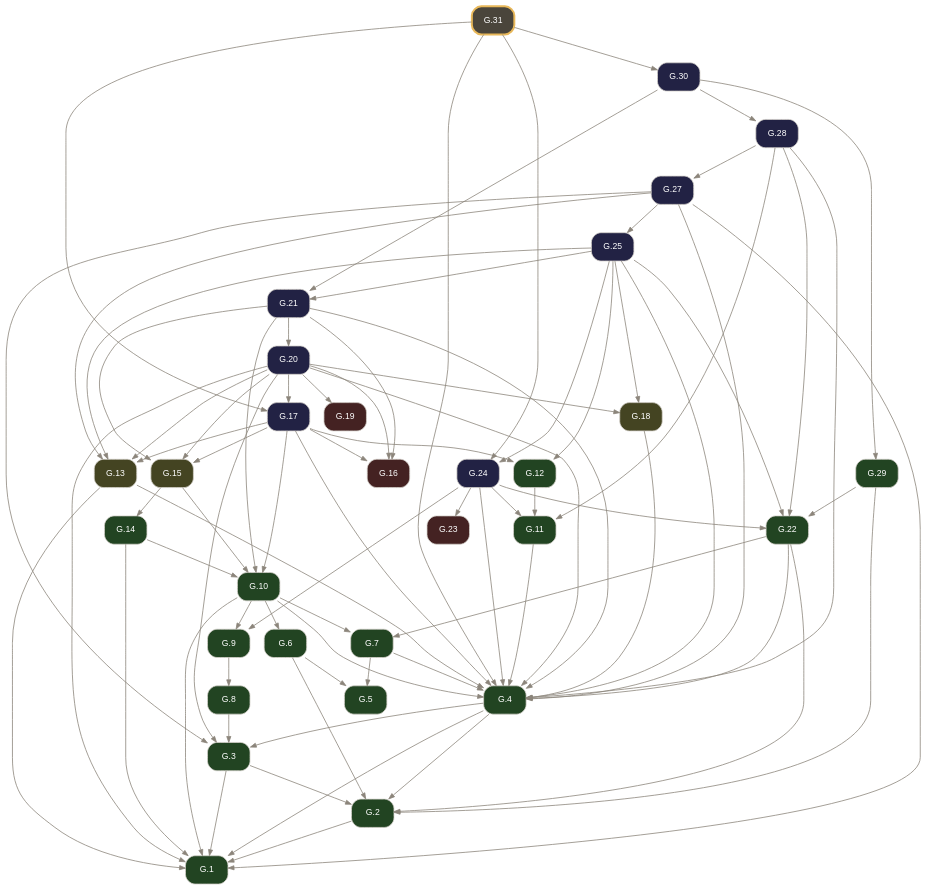
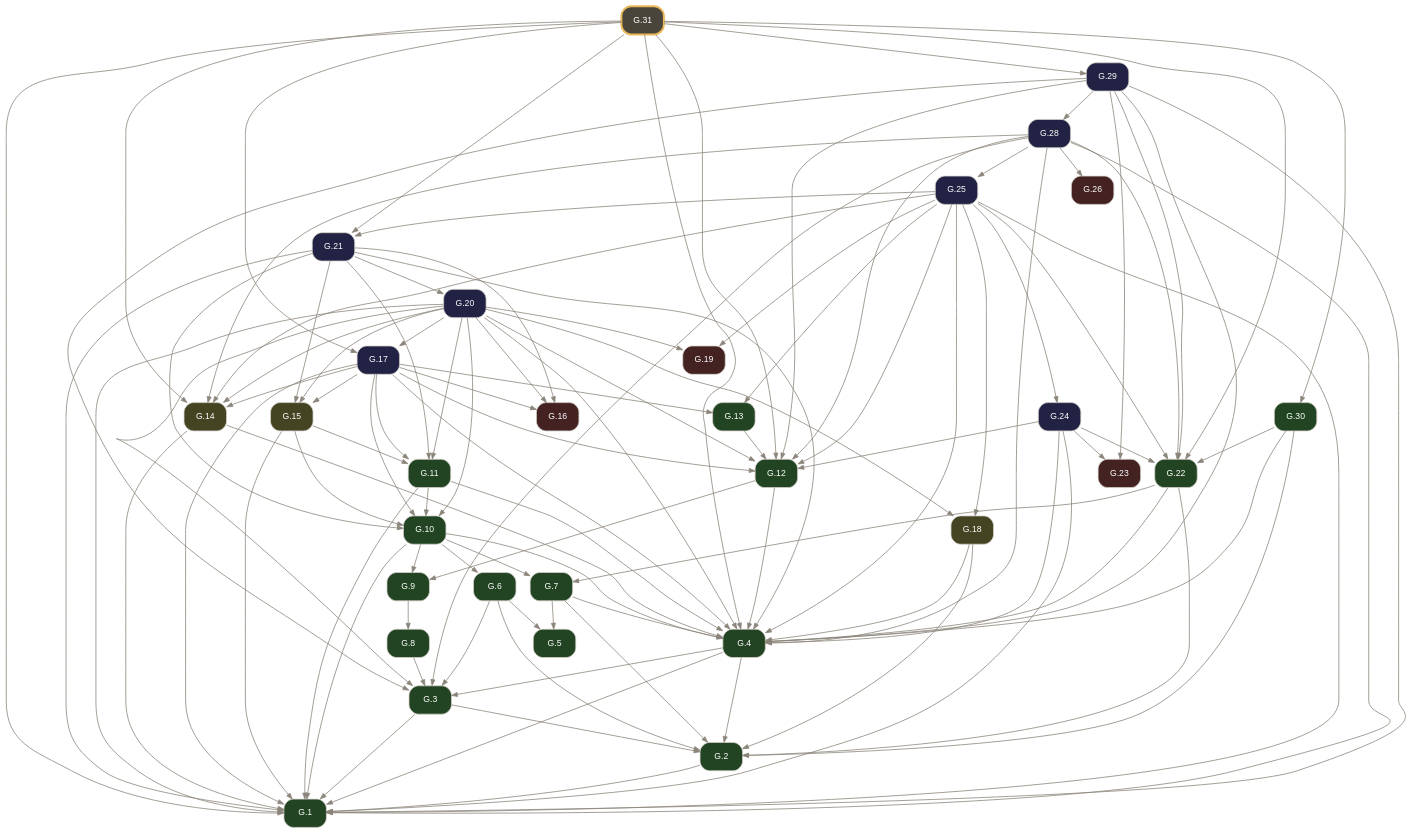
One commit to geometor/elements changed the diagram in docsrc/elements2/G.31/index.rst. Above: the diagram before and after it, drawn with Graphviz. The commit also changed other lines of this file and 1276 other files, not shown here.

```diff
--- a/docsrc/elements2/G.31/index.rst
+++ b/docsrc/elements2/G.31/index.rst
@@ -82,10 +83,10 @@
      "G.8" [label="G.8", tooltip="G.8 (I.def.13): A boundary is the extremity of anything.", fillcolor="#224422", URL="../G.8/index.html", target="_top"];
      "G.9" [label="G.9", tooltip="G.9 (I.def.14): A figure is that which is contained by any boundary or boundaries.", fillcolor="#224422", URL="../G.9/index.html", target="_top"];
      "G.10" [label="G.10", tooltip="G.10 (I.def.15): A circle ( A B ) is a plane figure contained by one arc defined by a center A and a point B establishing its defining radius / A B /, such that all segments / A B /, / A C /, / A D...", fillcolor="#224422", URL="../G.10/index.html", target="_top"];
-     "G.11" [label="G.11", tooltip="G.11 (I.def.19): Rectilineal figures are contained by segments: trilateral by three, quadrilateral by four, and multilateral by more than four.", fillcolor="#224422", URL="../G.11/index.html", target="_top"];
-     "G.12" [label="G.12", tooltip="G.12 (I.def.20): Of trilateral figures, an equilateral triangle < A B C > has three equal sides, an isosceles triangle < D E F > has two equal sides, and a scalene triangle < G H K > has three uneq...", fillcolor="#224422", URL="../G.12/index.html", target="_top"];
-     "G.13" [label="G.13", tooltip="G.13 (I.post.1): Construct a segment / A B / between any two points A, B.", fillcolor="#444422", URL="../G.13/index.html", target="_top"];
-     "G.14" [label="G.14", tooltip="G.14 (I.def.16): The point A within the circle ( A B ) from which all segments / A B /, / A C / to the arc are equal is called the center of the circle.", fillcolor="#224422", URL="../G.14/index.html", target="_top"];
+     "G.11" [label="G.11", tooltip="G.11 (I.def.16): The point A within the circle ( A B ) from which all segments / A B /, / A C / to the arc are equal is called the center of the circle.", fillcolor="#224422", URL="../G.11/index.html", target="_top"];
+     "G.12" [label="G.12", tooltip="G.12 (I.def.19): Rectilineal figures are contained by segments: trilateral by three, quadrilateral by four, and multilateral by more than four.", fillcolor="#224422", URL="../G.12/index.html", target="_top"];
+     "G.13" [label="G.13", tooltip="G.13 (I.def.20): Of trilateral figures, an equilateral triangle < A B C > has three equal sides, an isosceles triangle < D E F > has two equal sides, and a scalene triangle < G H K > has three uneq...", fillcolor="#224422", URL="../G.13/index.html", target="_top"];
+     "G.14" [label="G.14", tooltip="G.14 (I.post.1): Construct a segment / A B / between any two points A, B.", fillcolor="#444422", URL="../G.14/index.html", target="_top"];
      "G.15" [label="G.15", tooltip="G.15 (I.post.3): Construct a circle ( A B ) with center A and defining radius point B.", fillcolor="#444422", URL="../G.15/index.html", target="_top"];
      "G.16" [label="G.16", tooltip="G.16 (I.cn.1): Things equal to the same thing are equal to one another.", fillcolor="#442222", URL="../G.16/index.html", target="_top"];
      "G.17" [label="G.17", tooltip="G.17 (I.1): Construct an equilateral triangle on a given segment.", fillcolor="#222244", URL="../G.17/index.html", target="_top"];
@@ -97,32 +98,44 @@
      "G.23" [label="G.23", tooltip="G.23 (I.cn.4): Things / A B /, / D E / that coincide with one another are equal to one another.", fillcolor="#442222", URL="../G.23/index.html", target="_top"];
      "G.24" [label="G.24", tooltip="G.24 (I.4): Triangles with two sides and the included angle equal are congruent (SAS).", fillcolor="#222244", URL="../G.24/index.html", target="_top"];
      "G.25" [label="G.25", tooltip="G.25 (I.5): In an isosceles triangle, the angles at the base are equal, and if the equal sides are extended, the angles under the base are equal.", fillcolor="#222244", URL="../G.25/index.html", target="_top"];
-     "G.27" [label="G.27", tooltip="G.27 (I.7): On the same segment and on the same side, there cannot be constructed two distinct triangles with both pairs of conterminous sides equal.", fillcolor="#222244", URL="../G.27/index.html", target="_top"];
-     "G.28" [label="G.28", tooltip="G.28 (I.8): Triangles with all three corresponding sides equal have their corresponding angles equal (SSS).", fillcolor="#222244", URL="../G.28/index.html", target="_top"];
-     "G.29" [label="G.29", tooltip="G.29 (I.def.9): A rectilineal angle is contained by two segments or lines.", fillcolor="#224422", URL="../G.29/index.html", target="_top"];
-     "G.30" [label="G.30", tooltip="G.30 (I.9): Bisect a given angle.", fillcolor="#222244", URL="../G.30/index.html", target="_top"];
-     "G.31" [label="G.31", tooltip="G.31 (I.10): Bisect a given segment.", penwidth=2.5, color="#e8b85a", fillcolor="#4a453b", URL="index.html", target="_top"];
+     "G.26" [label="G.26", tooltip="G.26 (I.cn.5): The whole is greater than the part.", fillcolor="#442222", URL="../G.26/index.html", target="_top"];
+     "G.28" [label="G.28", tooltip="G.28 (I.7): On the same segment and on the same side, there cannot be constructed two distinct triangles with both pairs of conterminous sides equal.", fillcolor="#222244", URL="../G.28/index.html", target="_top"];
+     "G.29" [label="G.29", tooltip="G.29 (I.8): Triangles with all three corresponding sides equal have their corresponding angles equal (SSS).", fillcolor="#222244", URL="../G.29/index.html", target="_top"];
+     "G.30" [label="G.30", tooltip="G.30 (I.def.9): A rectilineal angle is contained by two segments or lines.", fillcolor="#224422", URL="../G.30/index.html", target="_top"];
+     "G.31" [label="G.31", tooltip="G.31 (I.9): Bisect a given angle.", penwidth=2.5, color="#e8b85a", fillcolor="#4a453b", URL="index.html", target="_top"];
      "G.2" -> "G.1";
      "G.3" -> "G.1";
      "G.4" -> "G.1";
      "G.10" -> "G.1";
-     "G.13" -> "G.1";
+     "G.11" -> "G.1";
      "G.14" -> "G.1";
+     "G.15" -> "G.1";
+     "G.17" -> "G.1";
      "G.20" -> "G.1";
-     "G.27" -> "G.1";
+     "G.21" -> "G.1";
+     "G.24" -> "G.1";
+     "G.25" -> "G.1";
+     "G.28" -> "G.1";
+     "G.29" -> "G.1";
+     "G.31" -> "G.1";
      "G.3" -> "G.2";
      "G.4" -> "G.2";
      "G.6" -> "G.2";
+     "G.7" -> "G.2";
+     "G.18" -> "G.2";
      "G.22" -> "G.2";
-     "G.29" -> "G.2";
+     "G.30" -> "G.2";
      "G.4" -> "G.3";
+     "G.6" -> "G.3";
      "G.8" -> "G.3";
      "G.20" -> "G.3";
-     "G.27" -> "G.3";
+     "G.28" -> "G.3";
+     "G.29" -> "G.3";
      "G.7" -> "G.4";
      "G.10" -> "G.4";
      "G.11" -> "G.4";
-     "G.13" -> "G.4";
+     "G.12" -> "G.4";
+     "G.14" -> "G.4";
      "G.17" -> "G.4";
      "G.18" -> "G.4";
      "G.20" -> "G.4";
@@ -130,8 +143,9 @@
      "G.22" -> "G.4";
      "G.24" -> "G.4";
      "G.25" -> "G.4";
-     "G.27" -> "G.4";
      "G.28" -> "G.4";
+     "G.29" -> "G.4";
+     "G.30" -> "G.4";
      "G.31" -> "G.4";
      "G.6" -> "G.5";
      "G.7" -> "G.5";
@@ -140,21 +154,31 @@
      "G.22" -> "G.7";
      "G.9" -> "G.8";
      "G.10" -> "G.9";
-     "G.24" -> "G.9";
-     "G.14" -> "G.10";
+     "G.12" -> "G.9";
+     "G.11" -> "G.10";
      "G.15" -> "G.10";
      "G.17" -> "G.10";
+     "G.20" -> "G.10";
      "G.21" -> "G.10";
-     "G.12" -> "G.11";
-     "G.24" -> "G.11";
-     "G.28" -> "G.11";
+     "G.15" -> "G.11";
+     "G.17" -> "G.11";
+     "G.20" -> "G.11";
+     "G.21" -> "G.11";
+     "G.13" -> "G.12";
      "G.17" -> "G.12";
+     "G.20" -> "G.12";
+     "G.24" -> "G.12";
      "G.25" -> "G.12";
+     "G.28" -> "G.12";
+     "G.29" -> "G.12";
+     "G.31" -> "G.12";
      "G.17" -> "G.13";
-     "G.20" -> "G.13";
      "G.25" -> "G.13";
-     "G.27" -> "G.13";
-     "G.15" -> "G.14";
+     "G.17" -> "G.14";
+     "G.20" -> "G.14";
+     "G.25" -> "G.14";
+     "G.28" -> "G.14";
+     "G.31" -> "G.14";
      "G.17" -> "G.15";
      "G.20" -> "G.15";
      "G.21" -> "G.15";
@@ -166,19 +190,22 @@
      "G.20" -> "G.18";
      "G.25" -> "G.18";
      "G.20" -> "G.19";
+     "G.25" -> "G.19";
      "G.21" -> "G.20";
      "G.25" -> "G.21";
-     "G.30" -> "G.21";
+     "G.31" -> "G.21";
      "G.24" -> "G.22";
      "G.25" -> "G.22";
      "G.28" -> "G.22";
      "G.29" -> "G.22";
+     "G.30" -> "G.22";
+     "G.31" -> "G.22";
      "G.24" -> "G.23";
+     "G.29" -> "G.23";
      "G.25" -> "G.24";
-     "G.31" -> "G.24";
-     "G.27" -> "G.25";
-     "G.28" -> "G.27";
-     "G.30" -> "G.28";
-     "G.30" -> "G.29";
+     "G.28" -> "G.25";
+     "G.28" -> "G.26";
+     "G.29" -> "G.28";
+     "G.31" -> "G.29";
      "G.31" -> "G.30";
    }
```
